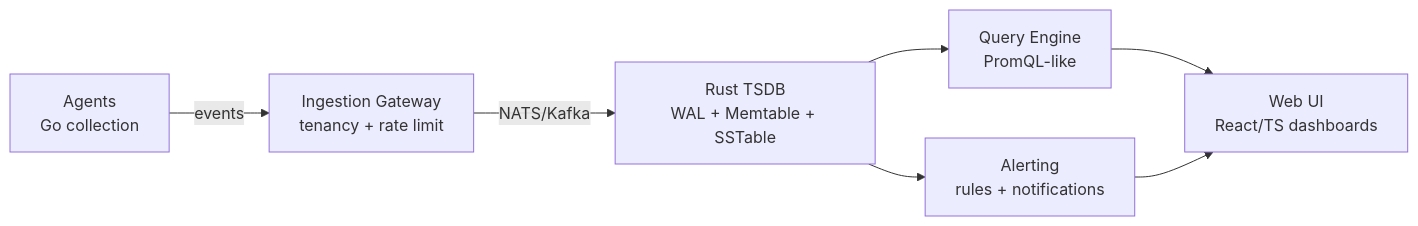
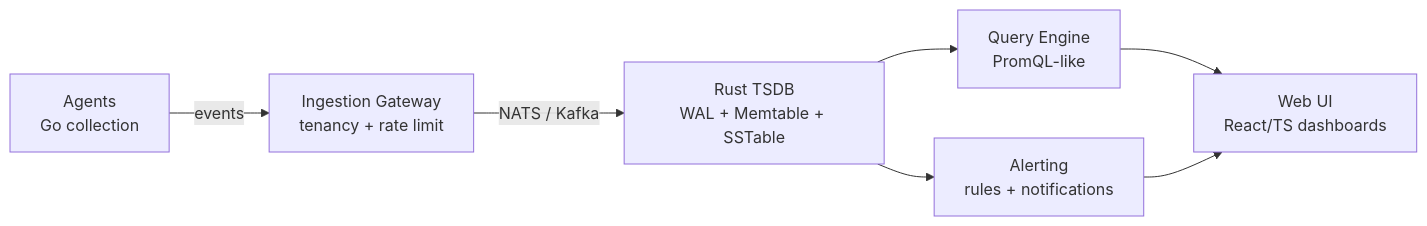
One commit to cokovali10-sketch/cokovali10-sketch changed the diagram in README.md. Above: the diagram before and after it, drawn with Mermaid. The commit also changed other lines of this file, not shown here.

Commit message:
feat: ultra-modern profile README (capsule render, skill icons, activity graph, trophies)

````diff
--- a/README.md
+++ b/README.md
@@ -48,9 +116,9 @@
 ```mermaid
 flowchart LR
     A[Agents<br/>Go collection] -->|events| I[Ingestion Gateway<br/>tenancy + rate limit]
-    I -->|NATS/Kafka| S[Rust TSDB<br/>WAL + Memtable + SSTable]
+    I -->|NATS / Kafka| S[Rust TSDB<br/>WAL + Memtable + SSTable]
     S --> Q[Query Engine<br/>PromQL-like]
     Q --> U[Web UI<br/>React/TS dashboards]
     S --> AL[Alerting<br/>rules + notifications]
     AL --> U
 ```
````
